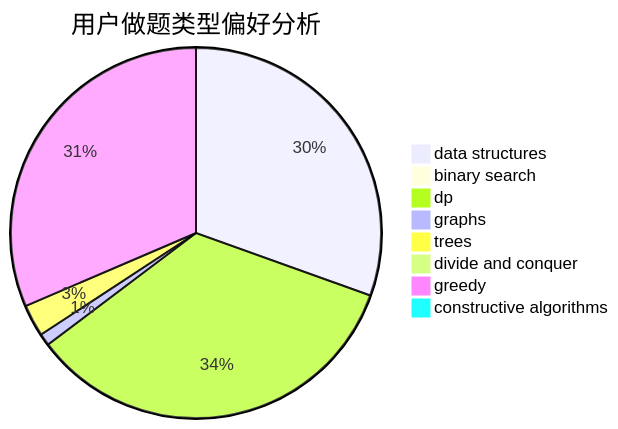
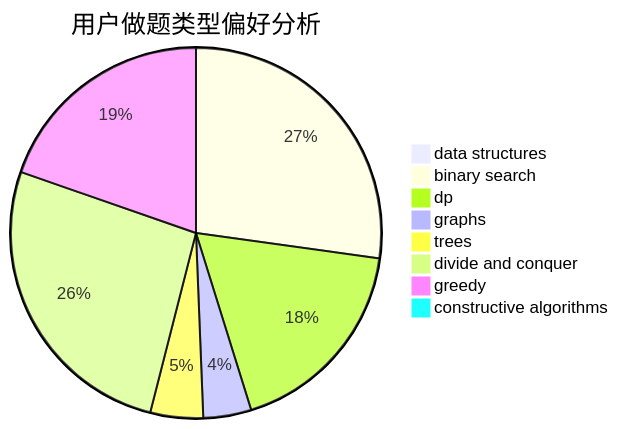
The second of 3 diagrams in docs/user/u2395.md (sherpahu/cfrs.github.io), drawn with Mermaid before and after one commit. The commit also changed other lines of this file and 2770 other files, not shown here.

````diff
--- a/docs/user/u2395.md
+++ b/docs/user/u2395.md
@@ -23,11 +23,11 @@
 ```mermaid
 pie title 用户做题类型偏好分析
-    "data structures" :  349
-    "binary search" :  5
-    "dp" :  392
-    "graphs" :  12
-    "trees" :  32
-    "divide and conquer" :  8
-    "greedy" :  360
+    "data structures" :  2
+    "binary search" :  65
+    "dp" :  43
+    "graphs" :  10
+    "trees" :  11
+    "divide and conquer" :  63
+    "greedy" :  47
     "constructive algorithms" :  1
 ```
````
